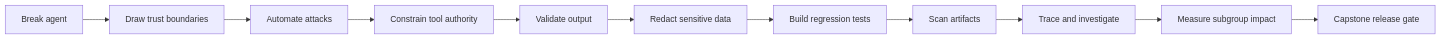
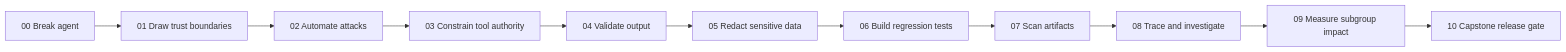
The first of 2 diagrams in README.md (sandys/ai-security-talk), drawn with Mermaid before and after one commit. The commit also changed other lines of this file and 63 other files, not shown here.

````diff
--- a/README.md
+++ b/README.md
@@ -27,13 +49,13 @@
 ```mermaid
 flowchart LR
-    A[Break agent] --> B[Draw trust boundaries]
-    B --> C[Automate attacks]
-    C --> D[Constrain tool authority]
-    D --> E[Validate output]
-    E --> F[Redact sensitive data]
-    F --> G[Build regression tests]
-    G --> H[Scan artifacts]
-    H --> I[Trace and investigate]
-    I --> J[Measure subgroup impact]
-    J --> K[Capstone release gate]
+    A[00 Break agent] --> B[01 Draw trust boundaries]
+    B --> C[02 Automate attacks]
+    C --> D[03 Constrain tool authority]
+    D --> E[04 Validate output]
+    E --> F[05 Redact sensitive data]
+    F --> G[06 Build regression tests]
+    G --> H[07 Scan artifacts]
+    H --> I[08 Trace and investigate]
+    I --> J[09 Measure subgroup impact]
+    J --> K[10 Capstone release gate]
 ```
````
